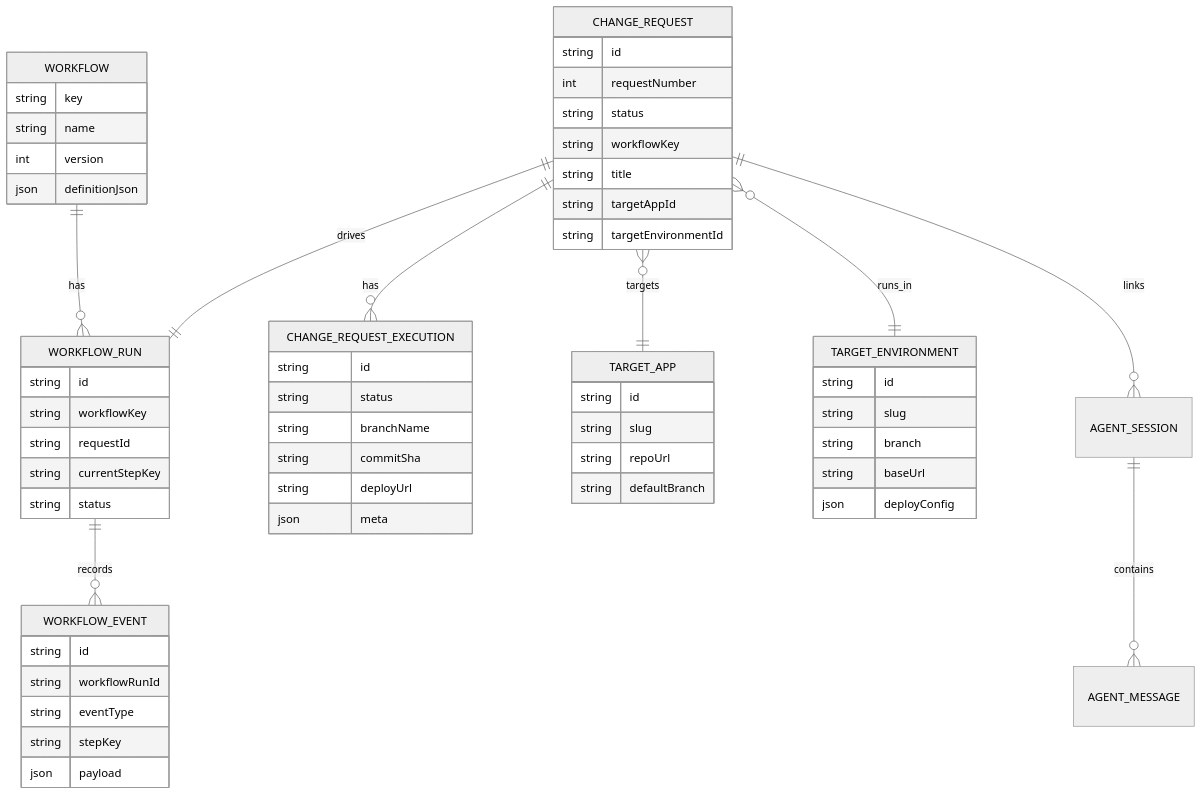
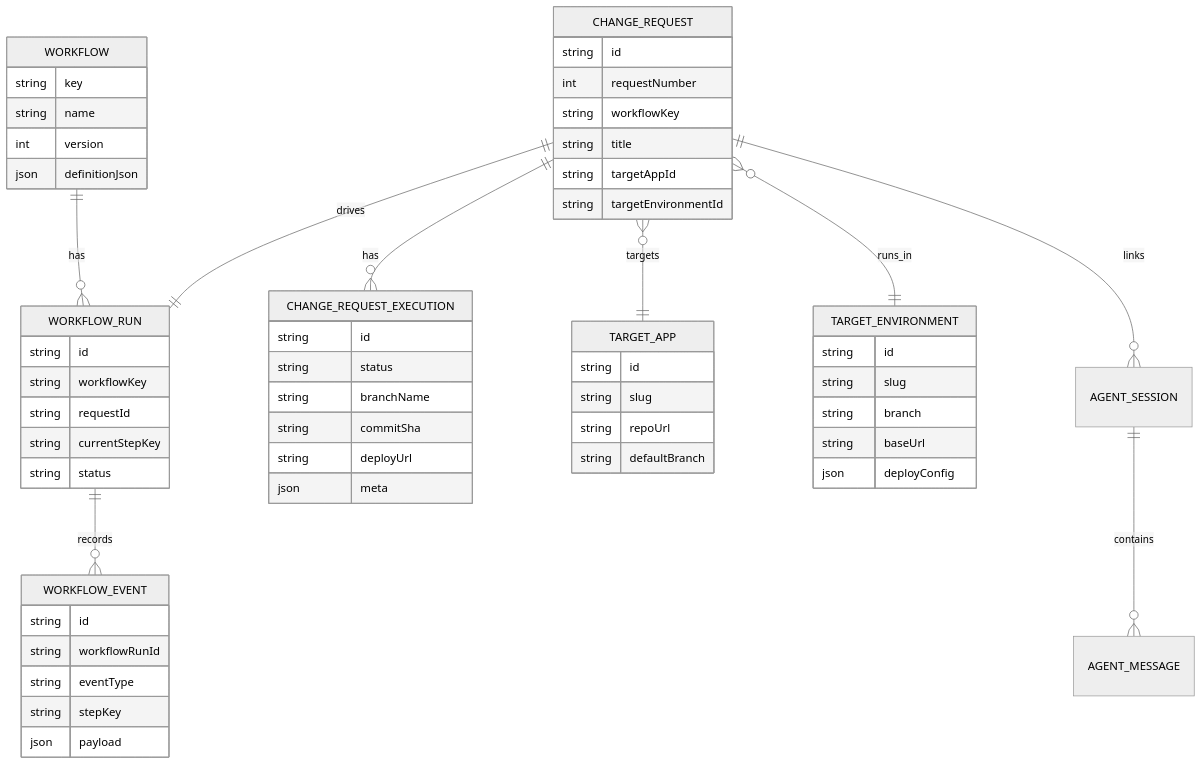
One commit to superprismio/prism-railway-template changed the seventh of 7 diagrams in docs/features/change-request-flow.md. Above: the diagram before and after it, drawn with Mermaid (neutral theme). The commit also changed other lines of this file and 26 other files, not shown here.

````diff
--- a/docs/features/change-request-flow.md
+++ b/docs/features/change-request-flow.md
@@ -144,68 +139,67 @@
 ```mermaid
 erDiagram
     WORKFLOW ||--o{ WORKFLOW_RUN : has
     WORKFLOW_RUN ||--o{ WORKFLOW_EVENT : records
     CHANGE_REQUEST ||--|| WORKFLOW_RUN : drives
     CHANGE_REQUEST ||--o{ CHANGE_REQUEST_EXECUTION : has
     CHANGE_REQUEST }o--|| TARGET_APP : targets
     CHANGE_REQUEST }o--|| TARGET_ENVIRONMENT : runs_in
     CHANGE_REQUEST ||--o{ AGENT_SESSION : links
     AGENT_SESSION ||--o{ AGENT_MESSAGE : contains
 
     WORKFLOW {
       string key
       string name
       int version
       json definitionJson
     }
 
     WORKFLOW_RUN {
       string id
       string workflowKey
       string requestId
       string currentStepKey
       string status
     }
 
     WORKFLOW_EVENT {
       string id
       string workflowRunId
       string eventType
       string stepKey
       json payload
     }
 
     CHANGE_REQUEST {
       string id
       int requestNumber
-      string status
       string workflowKey
       string title
       string targetAppId
       string targetEnvironmentId
     }
 
     CHANGE_REQUEST_EXECUTION {
       string id
       string status
       string branchName
       string commitSha
       string deployUrl
       json meta
     }
 
     TARGET_APP {
       string id
       string slug
       string repoUrl
       string defaultBranch
     }
 
     TARGET_ENVIRONMENT {
       string id
       string slug
       string branch
       string baseUrl
       json deployConfig
     }
 ```
````
